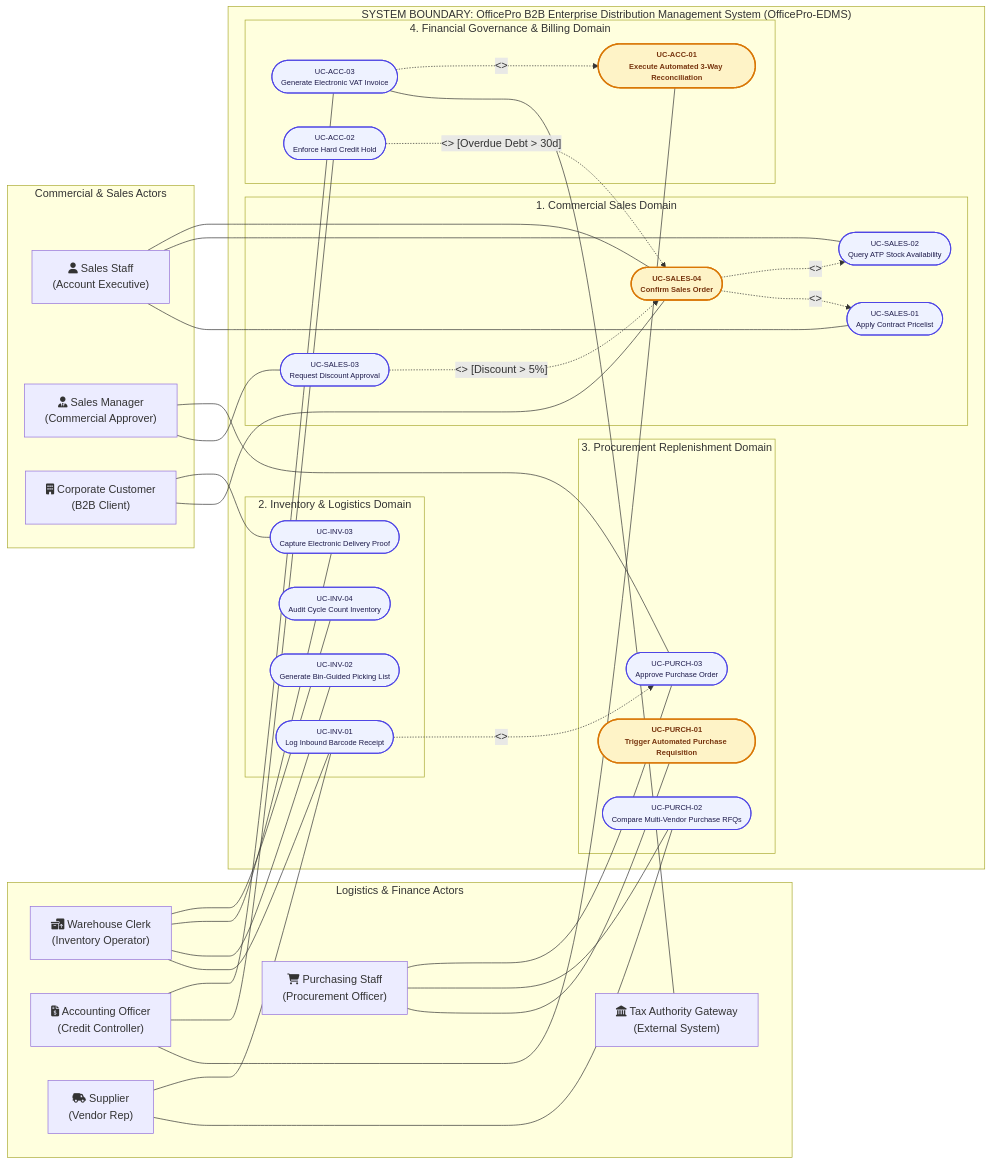
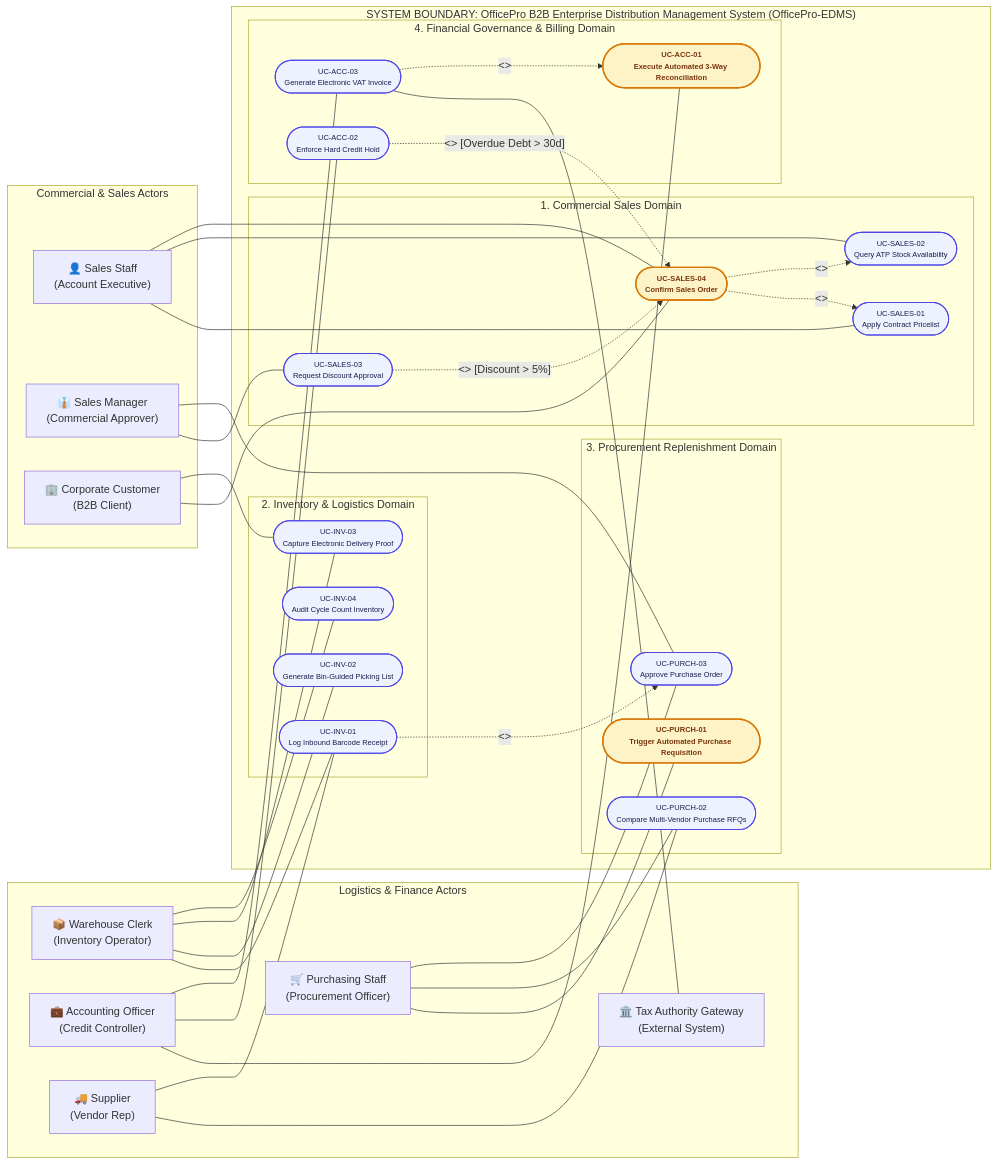
Before and after one commit to DYBInh2k5/Phan-Tich-He-Thong-Nghiep-Vu: the diagram in Group/Week10.md, drawn with Mermaid. The commit also changed 2 other files, not shown here.

Commit message:
docs(week10): refine Mermaid Use Case UML diagrams with pure standards, avoiding AI modeling anti-patterns

```diff
--- a/Group/Week10.md
+++ b/Group/Week10.md
@@ -185,17 +185,17 @@
 flowchart LR
     %% ACTORS DEFINITIONS (OUTSIDE BOUNDARY)
     subgraph ACTORS_COMMERCIAL ["Commercial & Sales Actors"]
-        A_SalesStaff["fa:fa-user Sales Staff<br>(Account Executive)"]
-        A_SalesManager["fa:fa-user-tie Sales Manager<br>(Commercial Approver)"]
-        A_Customer["fa:fa-building Corporate Customer<br>(B2B Client)"]
+        A_SalesStaff["👤 Sales Staff<br>(Account Executive)"]
+        A_SalesManager["👔 Sales Manager<br>(Commercial Approver)"]
+        A_Customer["🏢 Corporate Customer<br>(B2B Client)"]
     end
 
     subgraph ACTORS_OPERATIONAL ["Logistics & Finance Actors"]
-        A_WarehouseClerk["fa:fa-boxes-packing Warehouse Clerk<br>(Inventory Operator)"]
-        A_PurchasingStaff["fa:fa-cart-shopping Purchasing Staff<br>(Procurement Officer)"]
-        A_AccountingOfficer["fa:fa-file-invoice-dollar Accounting Officer<br>(Credit Controller)"]
-        A_Supplier["fa:fa-truck-field Supplier<br>(Vendor Rep)"]
-        A_TaxAuthority["fa:fa-landmark Tax Authority Gateway<br>(External System)"]
+        A_WarehouseClerk["📦 Warehouse Clerk<br>(Inventory Operator)"]
+        A_PurchasingStaff["🛒 Purchasing Staff<br>(Procurement Officer)"]
+        A_AccountingOfficer["💼 Accounting Officer<br>(Credit Controller)"]
+        A_Supplier["🚚 Supplier<br>(Vendor Rep)"]
+        A_TaxAuthority["🏛️ Tax Authority Gateway<br>(External System)"]
     end
 
     %% SYSTEM BOUNDARY
```
